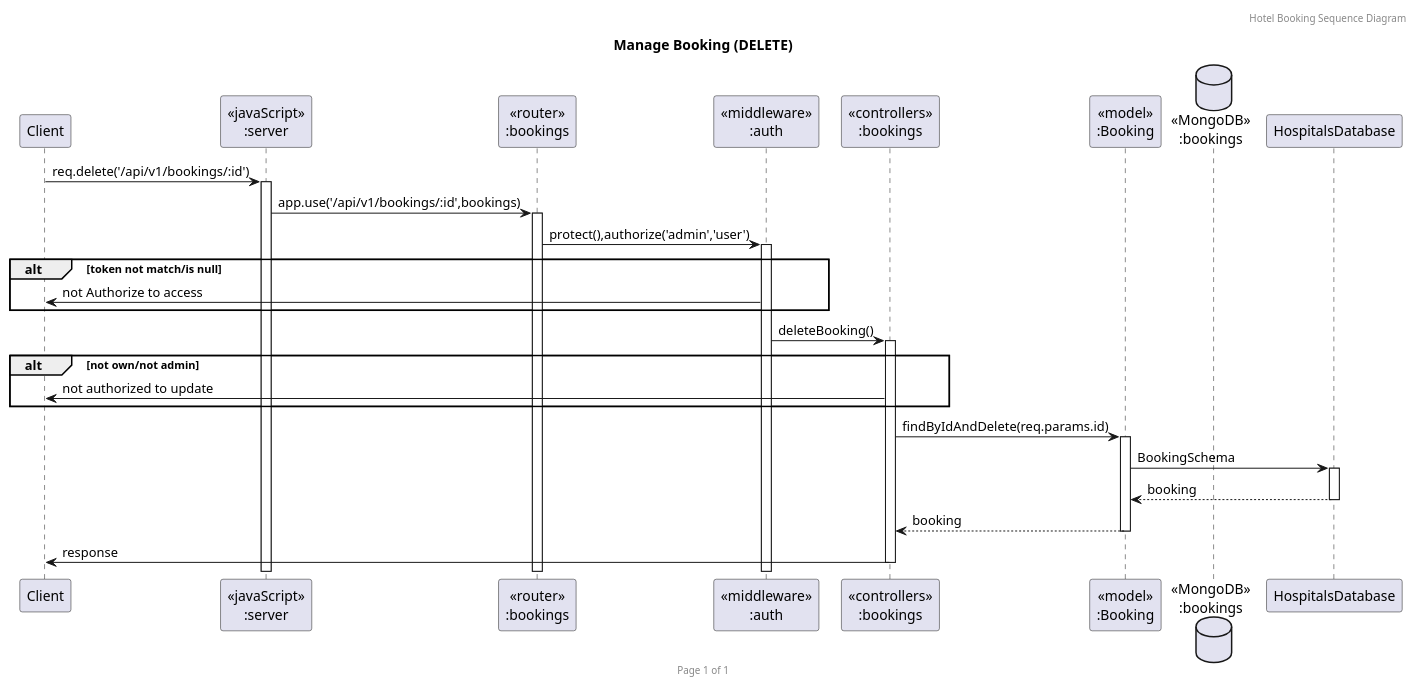
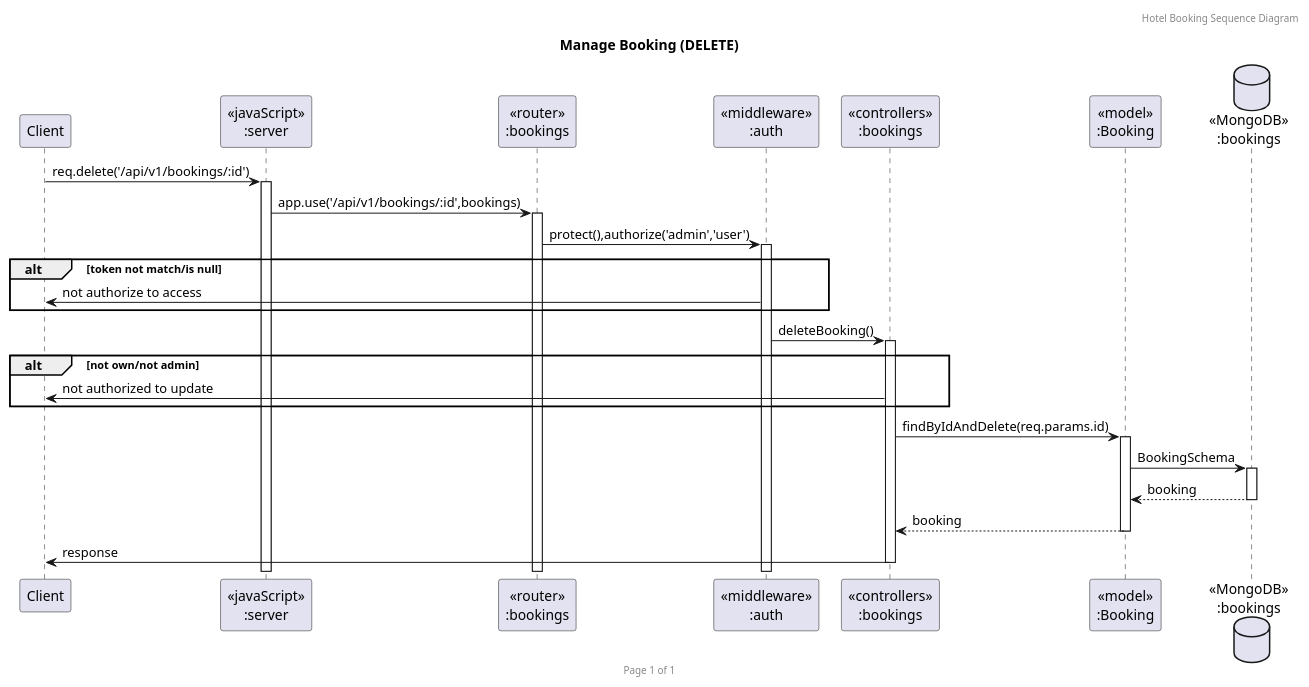
Before and after one commit to 2110503TACEDT66/presentation-day-1-drift: the diagram in Hotel_pumls/deleteBooking.puml, drawn with PlantUML. The commit also changed 18 other files, not shown here.

```diff
--- a/Hotel_pumls/deleteBooking.puml
+++ b/Hotel_pumls/deleteBooking.puml
@@ -1,37 +1,37 @@
 @startuml Manage Booking (DELETE)
 
 header Hotel Booking Sequence Diagram
 footer Page %page% of %lastpage%
 title "Manage Booking (DELETE)"
 
 participant "Client" as client
 participant "<<javaScript>>\n:server" as server
 participant "<<router>>\n:bookings" as routerBookings
 participant "<<middleware>>\n:auth" as middleware
 participant "<<controllers>>\n:bookings" as controllersBookings
 participant "<<model>>\n:Booking" as modelBooking
 database "<<MongoDB>>\n:bookings" as BookingsDatabase
 
 client->server ++:req.delete('/api/v1/bookings/:id')
 server->routerBookings ++:app.use('/api/v1/bookings/:id',bookings)
 
 
 
 routerBookings -> middleware ++: protect(),authorize('admin','user')
 alt token not match/is null
-    client <- middleware : not Authorize to access
+    client <- middleware : not authorize to access
 end
 middleware -> controllersBookings ++: deleteBooking()
 
 alt not own/not admin
     client <- controllersBookings :not authorized to update
 end
 
 controllersBookings->modelBooking ++:findByIdAndDelete(req.params.id)
-modelBooking ->HospitalsDatabase ++: BookingSchema
-HospitalsDatabase --> modelBooking --: booking
+modelBooking ->BookingsDatabase ++: BookingSchema
+BookingsDatabase --> modelBooking --: booking
 controllersBookings <-- modelBooking --:booking
 controllersBookings->client --:response
 
 
 @enduml
```
